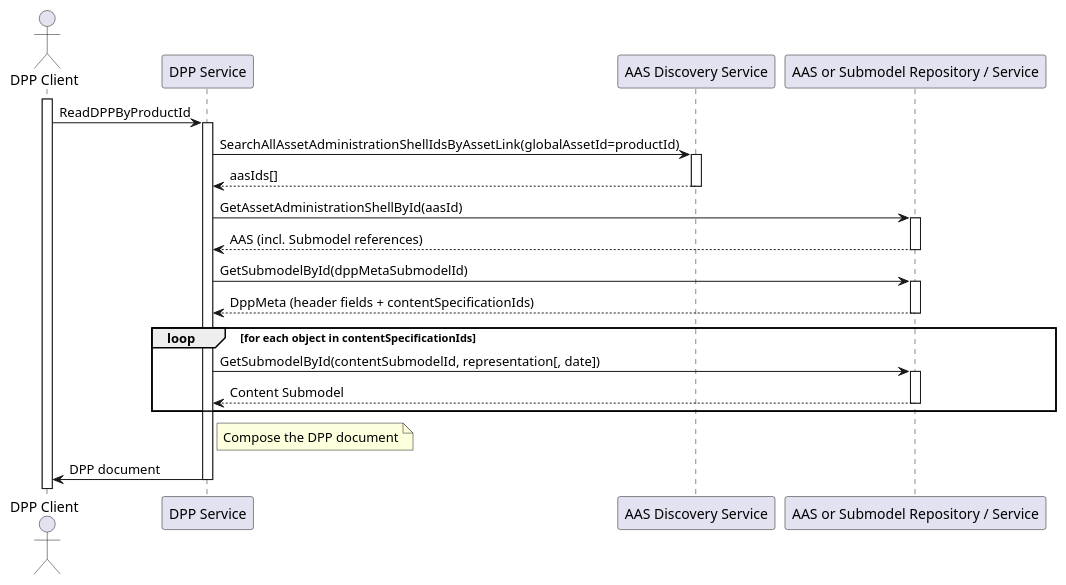
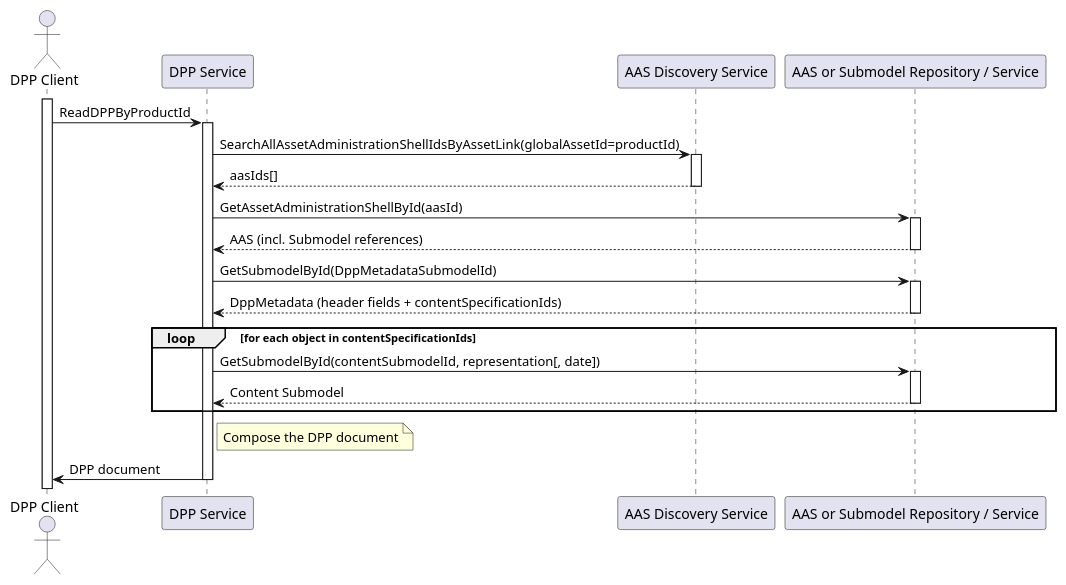
One commit to admin-shell-io/aas-specs-api changed the third of 4 diagrams in documentation/IDTA-01002-3/modules/ROOT/pages/annex/dpp.adoc. Above: the diagram before and after it, drawn with PlantUML. The commit also changed other lines of this file and 1 other file, not shown here.

Commit message:
Annex DPP: fix nav.adoc + update text

```diff
--- a/documentation/IDTA-01002-3/modules/ROOT/pages/annex/dpp.adoc
+++ b/documentation/IDTA-01002-3/modules/ROOT/pages/annex/dpp.adoc
@@ -300,47 +327,47 @@
 [plantuml, seq-dpp-discovery, svg]
 ....
 @startuml
 'title Discovery and Composition via AAS Services
 
 actor "DPP Client" as C
 participant "DPP Service" as DPPS
 participant "AAS Discovery Service" as DS
 participant "AAS or Submodel Repository / Service" as ASR
 
 activate C
 
 C -> DPPS: ReadDPPByProductId
 
 activate DPPS
 
 DPPS -> DS: SearchAllAssetAdministrationShellIdsByAssetLink(globalAssetId=productId)
 activate DS
 DS --> DPPS: aasIds[]
 deactivate DS
 
 DPPS -> ASR: GetAssetAdministrationShellById(aasId)
 activate ASR
 ASR --> DPPS: AAS (incl. Submodel references)
 deactivate ASR
 
-DPPS -> ASR: GetSubmodelById(dppMetaSubmodelId)
+DPPS -> ASR: GetSubmodelById(DppMetadataSubmodelId)
 activate ASR
-ASR --> DPPS: DppMeta (header fields + contentSpecificationIds)
+ASR --> DPPS: DppMetadata (header fields + contentSpecificationIds)
 deactivate ASR
 
 loop for each object in contentSpecificationIds
   DPPS -> ASR: GetSubmodelById(contentSubmodelId, representation[, date])
   activate ASR
   ASR --> DPPS: Content Submodel
   deactivate ASR
 end
 
 note right of DPPS
   Compose the DPP document
 end note
 
 DPPS -> C: DPP document
 deactivate DPPS
 
 @enduml
 ....
```
